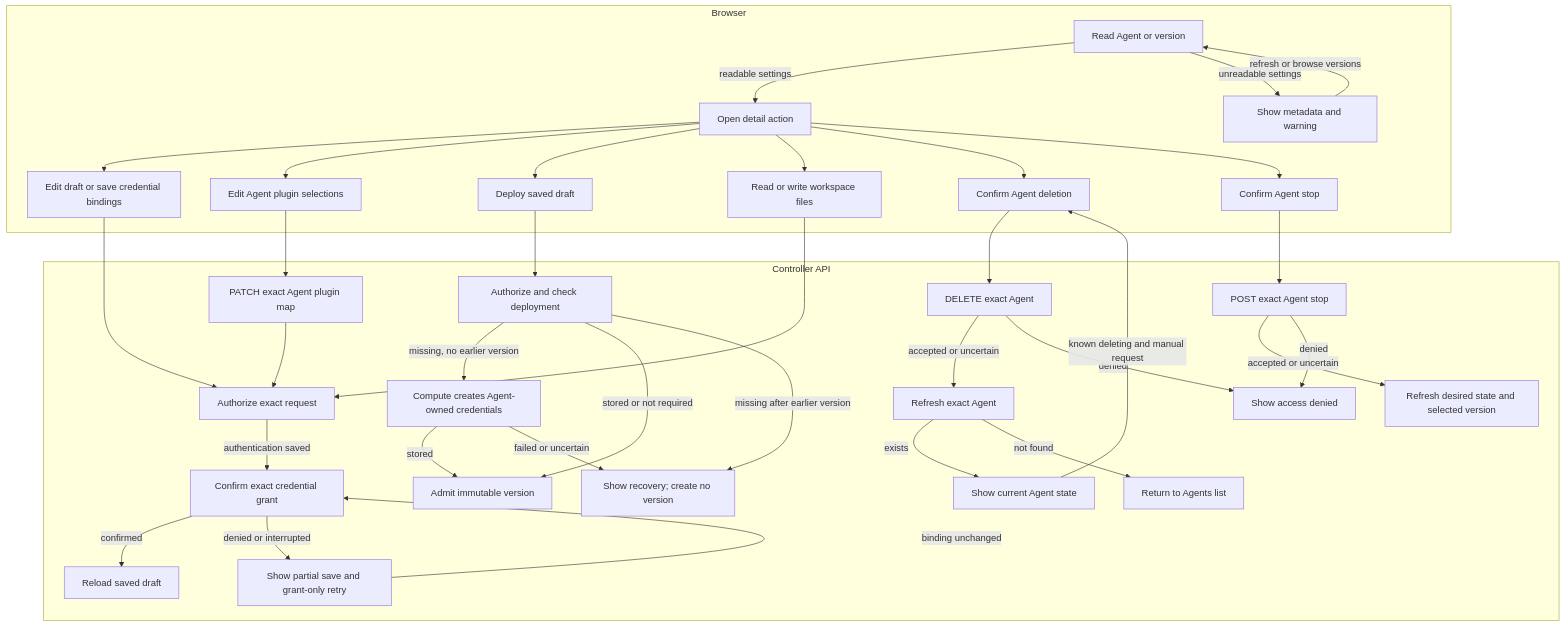
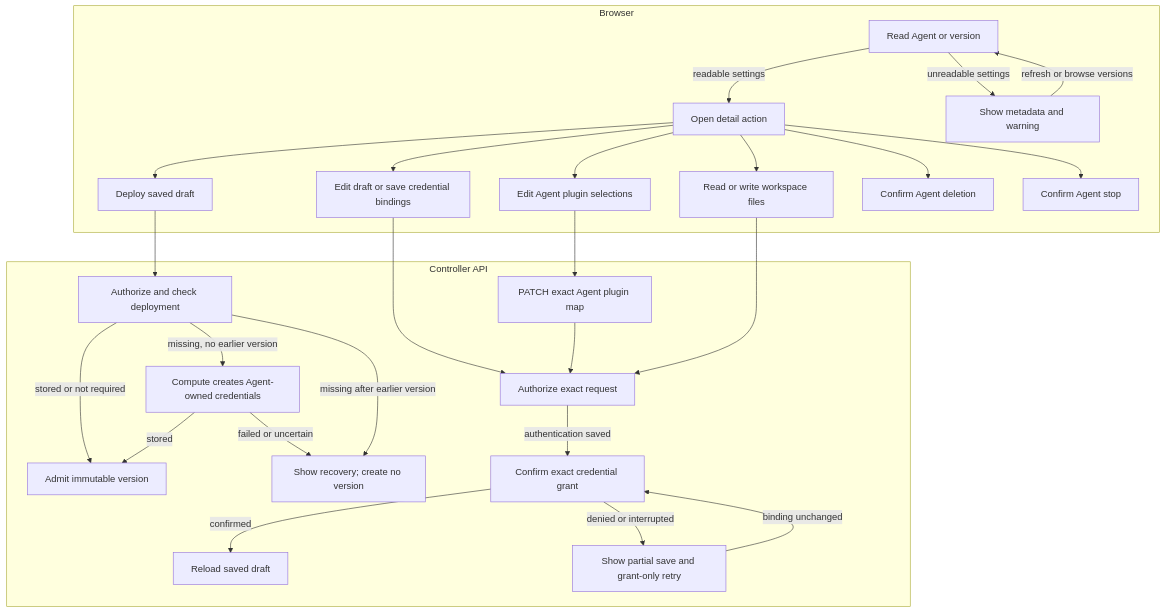
One commit to openclaw/openclaw-enterprise changed the diagram in docs/flows/platform-console/agent-editing.md. Above: the diagram before and after it, drawn with Mermaid. The commit also changed other lines of this file and 13 other files, not shown here.

First line of the commit message:
docs(console): split near-cap console reference and flow pages

````diff
--- a/docs/flows/platform-console/agent-editing.md
+++ b/docs/flows/platform-console/agent-editing.md
@@ -23,39 +24,30 @@
 ```mermaid
 graph TD
   subgraph Browser["Browser"]
     A["Read Agent or version"] -->|readable settings| B["Open detail action"]
     A -->|unreadable settings| AE["Show metadata and warning"]
     AE -->|refresh or browse versions| A
     B --> C["Edit draft or save credential bindings"]
     B --> P["Edit Agent plugin selections"]
     B --> Q["Deploy saved draft"]
     B --> D["Read or write workspace files"]
     B --> E["Confirm Agent deletion"]
     B --> S["Confirm Agent stop"]
   end
   subgraph API["Controller API"]
     C --> F["Authorize exact request"]
     P --> PA["PATCH exact Agent plugin map"]
     PA --> F
     Q --> Y["Authorize and check deployment"]
     Y -->|missing, no earlier version| Z["Compute creates Agent-owned credentials"]
     Y -->|stored or not required| R["Admit immutable version"]
     Z -->|stored| R
     Z -->|failed or uncertain| N["Show recovery; create no version"]
     Y -->|missing after earlier version| N
     F -->|authentication saved| V["Confirm exact credential grant"]
     V -->|confirmed| W["Reload saved draft"]
     V -->|denied or interrupted| X["Show partial save and grant-only retry"]
     X -->|binding unchanged| V
     D --> F
-    E --> G["DELETE exact Agent"]
-    S --> T["POST exact Agent stop"]
-    T -->|accepted or uncertain| U["Refresh desired state and selected version"]
-    T -->|denied| I
-    G -->|accepted or uncertain| H["Refresh exact Agent"]
-    G -->|denied| I["Show access denied"]
-    H -->|exists| J["Show current Agent state"]
-    J -->|known deleting and manual request| E
-    H -->|not found| K["Return to Agents list"]
   end
 ```
````
